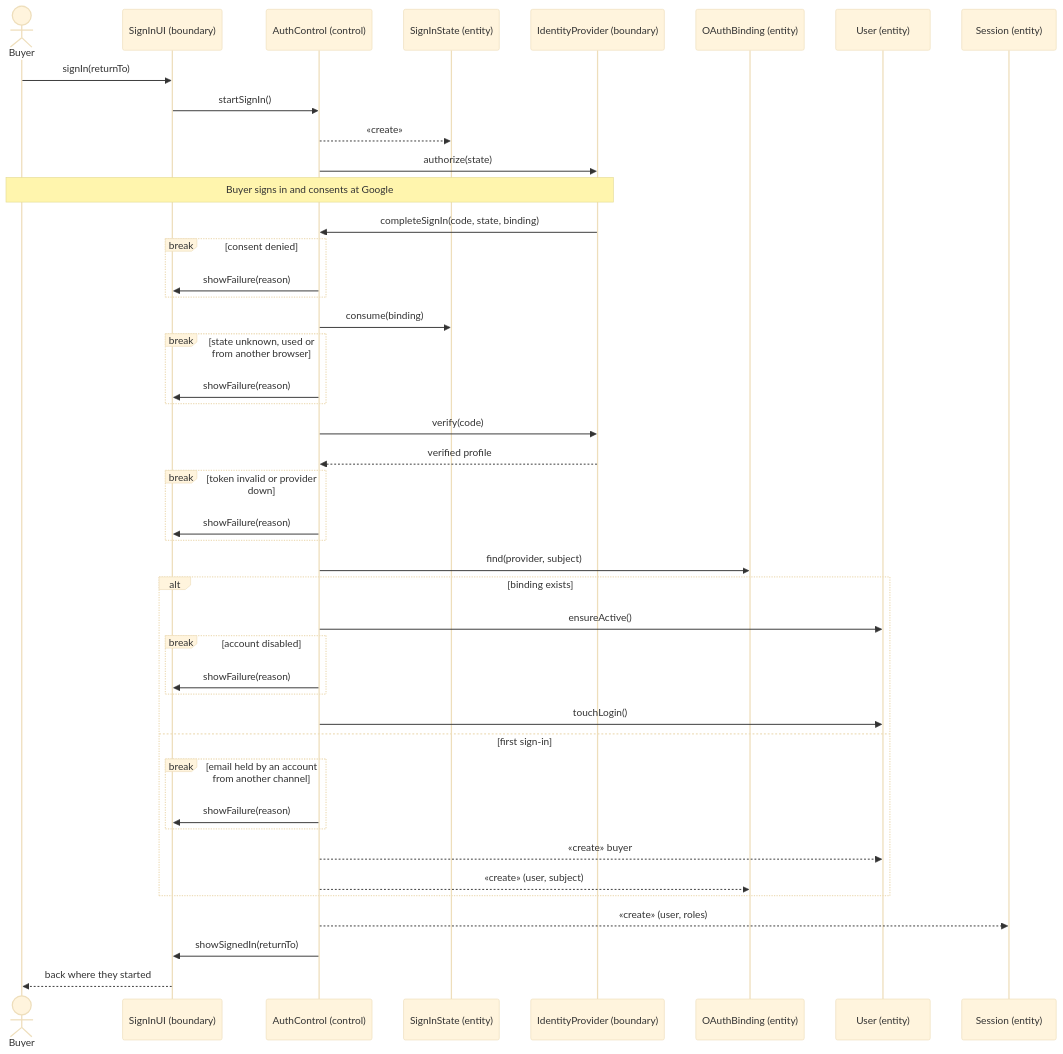
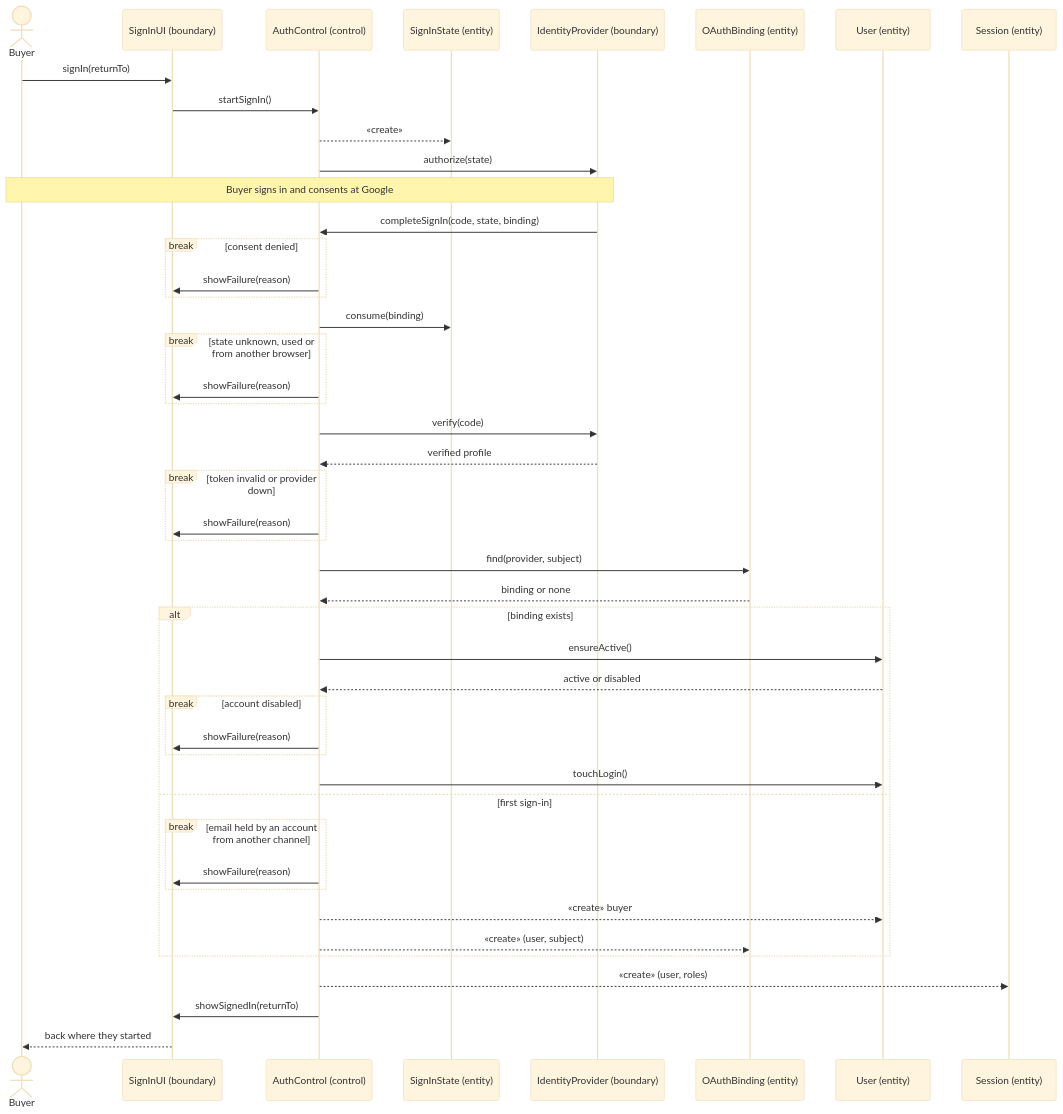
Before and after one commit to PPsyrius/iss-groupbuy-team8: the fifth of 18 diagrams in docs/swe5006/report/sections/03-4-3-pan.md, drawn with Mermaid (base theme). The commit also changed other lines of this file, not shown here.

````diff
--- a/docs/swe5006/report/sections/03-4-3-pan.md
+++ b/docs/swe5006/report/sections/03-4-3-pan.md
@@ -221,46 +221,48 @@
 ```mermaid
 sequenceDiagram
     actor Buyer
     participant UI as SignInUI (boundary)
     participant Ctl as AuthControl (control)
     participant St as SignInState (entity)
     participant IdP as IdentityProvider (boundary)
     participant B as OAuthBinding (entity)
     participant U as User (entity)
     participant S as Session (entity)
     Buyer->>UI: signIn(returnTo)
     UI->>Ctl: startSignIn()
     Ctl-->>St: «create»
     Ctl->>IdP: authorize(state)
     Note over Buyer,IdP: Buyer signs in and consents at Google
     IdP->>Ctl: completeSignIn(code, state, binding)
     break consent denied
         Ctl->>UI: showFailure(reason)
     end
     Ctl->>St: consume(binding)
     break state unknown, used or from another browser
         Ctl->>UI: showFailure(reason)
     end
     Ctl->>IdP: verify(code)
     IdP-->>Ctl: verified profile
     break token invalid or provider down
         Ctl->>UI: showFailure(reason)
     end
     Ctl->>B: find(provider, subject)
+    B-->>Ctl: binding or none
     alt binding exists
         Ctl->>U: ensureActive()
+        U-->>Ctl: active or disabled
         break account disabled
             Ctl->>UI: showFailure(reason)
         end
         Ctl->>U: touchLogin()
     else first sign-in
         break email held by an account from another channel
             Ctl->>UI: showFailure(reason)
         end
         Ctl-->>U: «create» buyer
         Ctl-->>B: «create» (user, subject)
     end
     Ctl-->>S: «create» (user, roles)
     Ctl->>UI: showSignedIn(returnTo)
     UI-->>Buyer: back where they started
 ```
````
